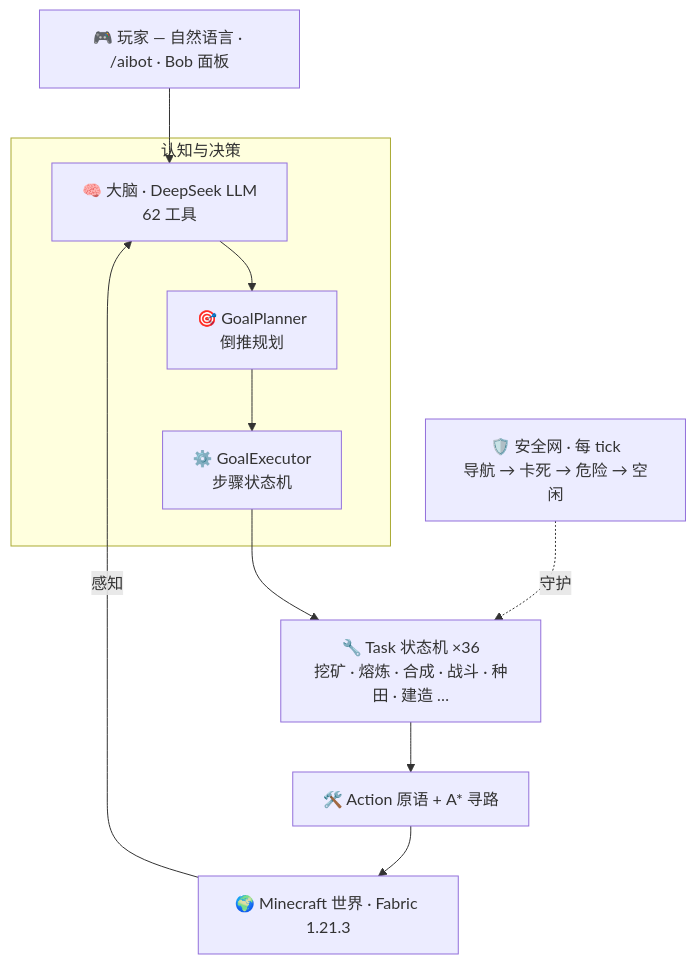
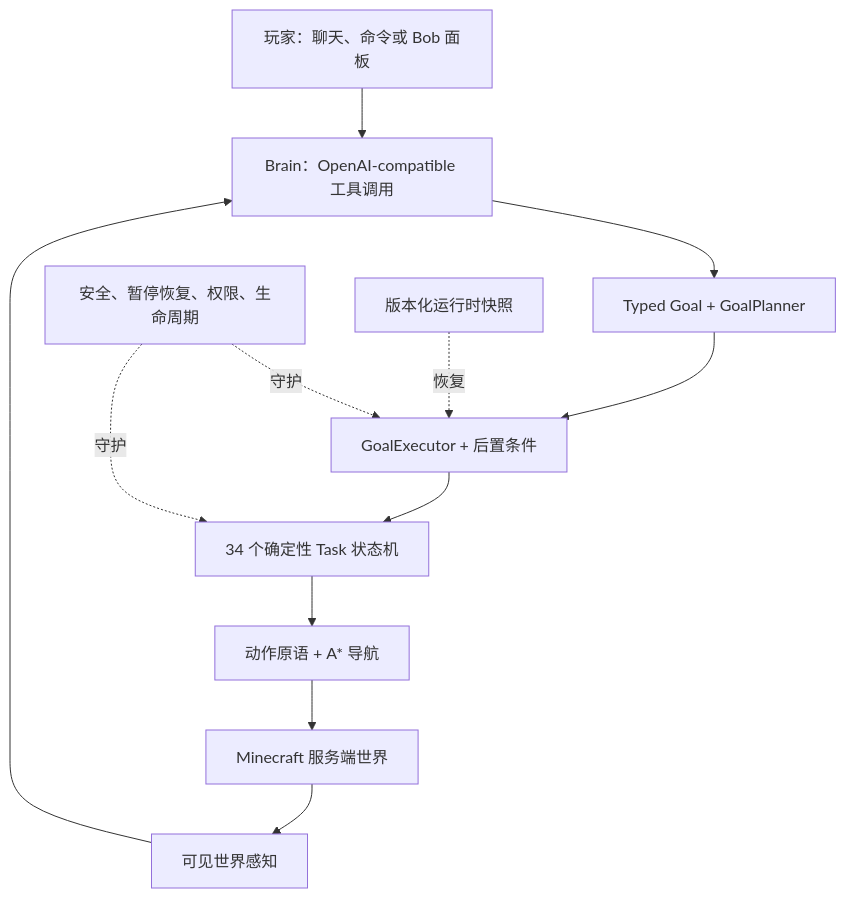
Before and after one commit to zoyluoblue/mc_aiplayer: the diagram in README.zh-CN.md, drawn with Mermaid. The commit also changed other lines of this file and 12220 other files, not shown here.

````diff
--- a/README.zh-CN.md
+++ b/README.zh-CN.md
@@ -108,13 +52,14 @@
 ```mermaid
 flowchart TB
-    P["🎮 玩家 — 自然语言 · /aibot · Bob 面板"] --> B
-    subgraph COG["认知与决策"]
-      B["🧠 大脑 · DeepSeek LLM<br/>62 工具"] --> G["🎯 GoalPlanner<br/>倒推规划"]
-      G --> E["⚙️ GoalExecutor<br/>步骤状态机"]
-    end
-    E --> T["🔧 Task 状态机 ×36<br/>挖矿 · 熔炼 · 合成 · 战斗 · 种田 · 建造 …"]
-    T --> A["🛠️ Action 原语 + A* 寻路"]
-    A --> W["🌍 Minecraft 世界 · Fabric 1.21.3"]
-    W -->|感知| B
-    S["🛡️ 安全网 · 每 tick<br/>导航 → 卡死 → 危险 → 空闲"] -. 守护 .-> T
+    U["玩家：聊天、命令或 Bob 面板"] --> B["Brain：OpenAI-compatible 工具调用"]
+    B --> G["Typed Goal + GoalPlanner"]
+    G --> E["GoalExecutor + 后置条件"]
+    E --> T["34 个确定性 Task 状态机"]
+    T --> A["动作原语 + A* 导航"]
+    A --> W["Minecraft 服务端世界"]
+    W --> P["可见世界感知"]
+    P --> B
+    S["安全、暂停恢复、权限、生命周期"] -. 守护 .-> E
+    S -. 守护 .-> T
+    R["版本化运行时快照"] -. 恢复 .-> E
 ```
````
